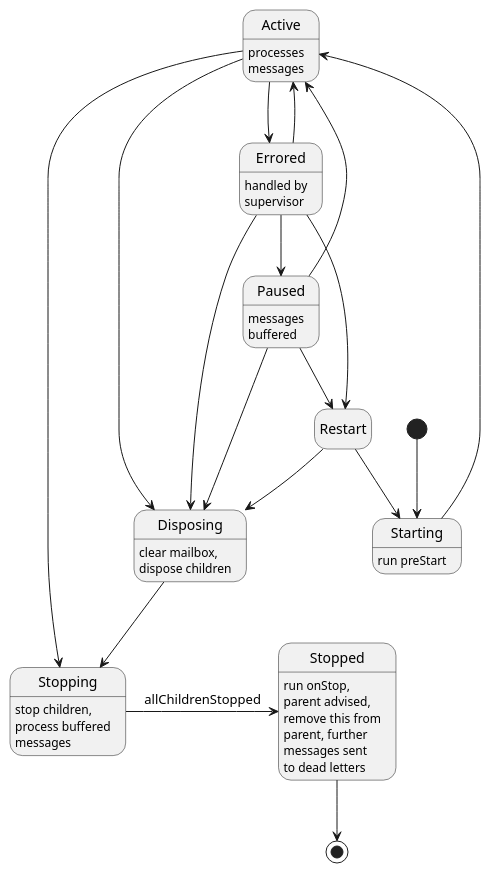
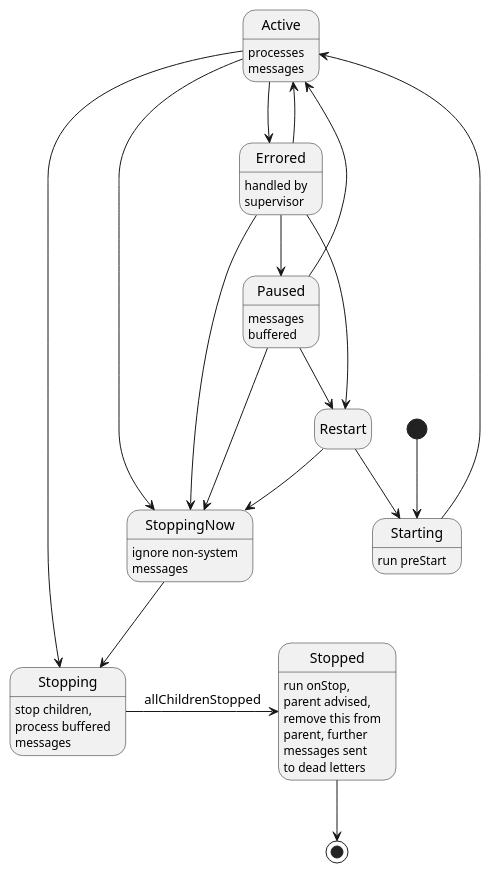
Before and after one commit to davidmoten/reels: the diagram in src/main/plantuml/state-diagram.puml, drawn with PlantUML. The commit also changed 1 other file, not shown here.

```diff
--- a/src/main/plantuml/state-diagram.puml
+++ b/src/main/plantuml/state-diagram.puml
@@ -1,29 +1,29 @@
 @startuml
 hide empty description
 [*] --> Starting 
 Starting --> Active
 Active --> Stopping
 Stopping -> Stopped: allChildrenStopped
-Active --> Disposing
-Disposing --> Stopping
+Active --> StoppingNow
+StoppingNow --> Stopping
 Paused --> Restart
 Paused --> Active
 Restart --> Starting
-Paused --> Disposing
+Paused --> StoppingNow
 Stopped --> [*]
 Active --> Errored
 Errored --> Active
-Errored --> Disposing
+Errored --> StoppingNow
 Errored --> Restart
 Errored --> Paused
-Restart --> Disposing
+Restart --> StoppingNow
 
 Active: processes\nmessages
 Stopping: stop children,\nprocess buffered\nmessages
 Stopped: run onStop,\nparent advised,\nremove this from\nparent, further\nmessages sent\nto dead letters
 Paused: messages\nbuffered
 Errored: handled by\nsupervisor
 Starting: run preStart
-Disposing: clear mailbox,\ndispose children
+StoppingNow: ignore non-system\nmessages
 
 @enduml
```
